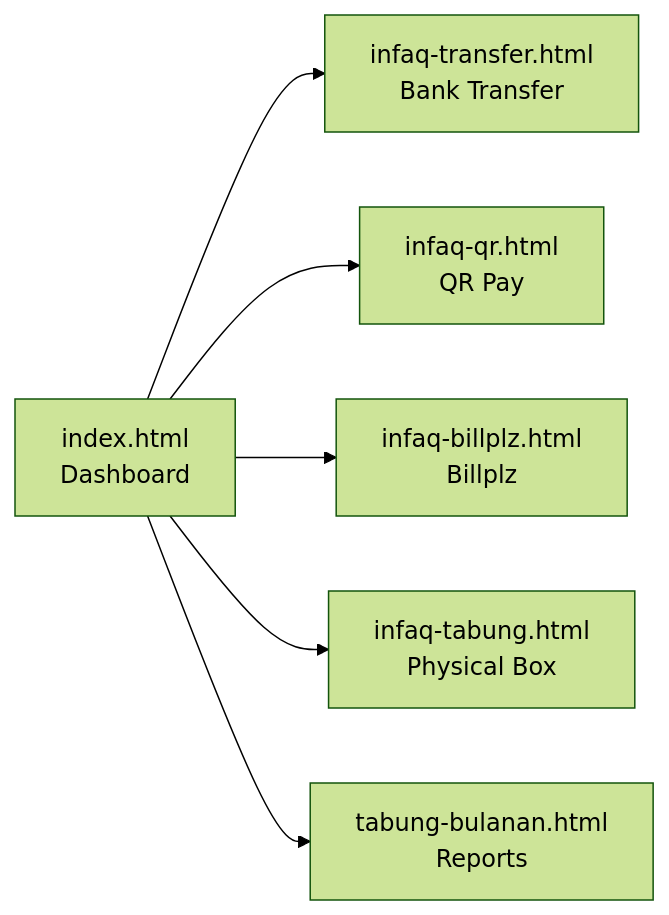
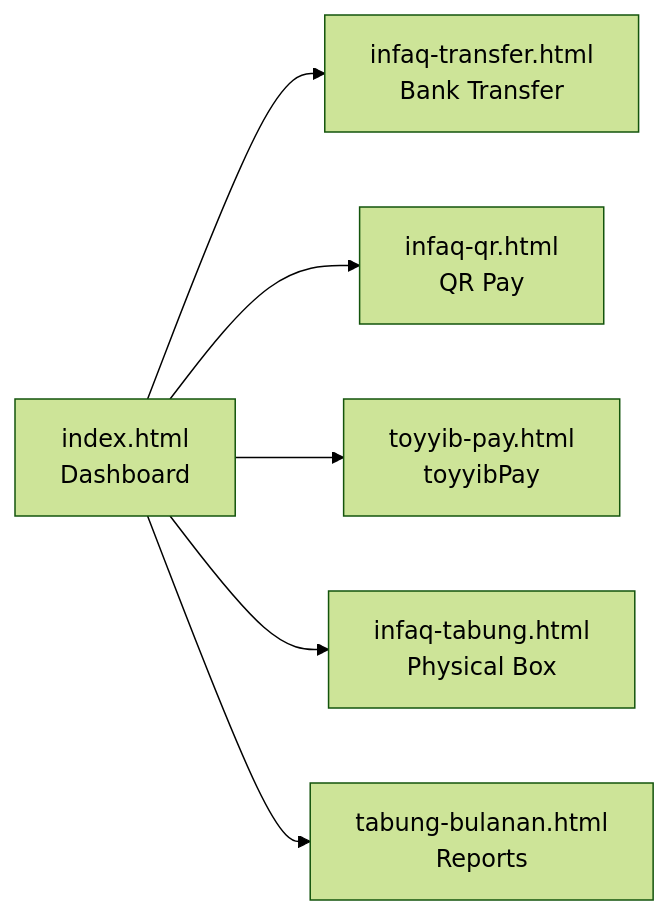
Before and after one commit to multimedia-mamtj6/infaq: the second of 2 diagrams in DEVELOPER.md, drawn with Mermaid (forest theme). The commit also changed other lines of this file and 41 other files, not shown here.

````diff
--- a/DEVELOPER.md
+++ b/DEVELOPER.md
@@ -101,8 +101,8 @@
 ```mermaid
 graph LR
     A[index.html<br/>Dashboard] --> B[infaq-transfer.html<br/>Bank Transfer]
     A --> C[infaq-qr.html<br/>QR Pay]
-    A --> D[infaq-billplz.html<br/>Billplz]
+    A --> D[toyyib-pay.html<br/>toyyibPay]
     A --> E[infaq-tabung.html<br/>Physical Box]
     A --> F[tabung-bulanan.html<br/>Reports]
 ```
````
